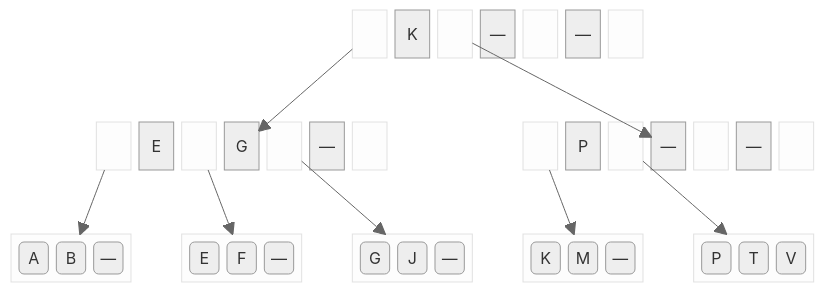
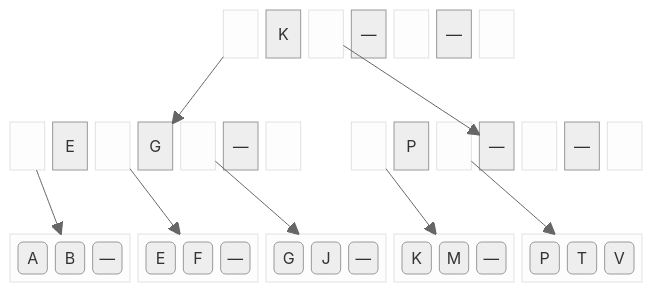
The sixth of 7 diagrams in Assuntos/busca-ext.md (BenhurUFSM/pod26b), drawn with Mermaid (neutral theme) before and after one commit.

````diff
--- a/Assuntos/busca-ext.md
+++ b/Assuntos/busca-ext.md
@@ -70,29 +70,27 @@
 ```mermaid
 block
-  columns 19
-  space:8
+  columns 15
+  space:5
   block:rl1 space end ra["K"] block:rl2 space end rb["—"] block:rl3 space end rc["—"] block:rl4 space end
-  space:4
-  space:19
+  space:3
+  space:15
 
-  space:2
   block:i1l1 space end i1a["E"] block:i1l2 space end i1b["G"] block:i1l3 space end i1c["—"] block:i1l4 space end
-  space:2
   space
   block:i2l1 space end i2a["P"] block:i2l2 space end i2b["—"] block:i2l3 space end i2c["—"] block:i2l4 space end
-  space:19
+  space:15
 
-  block:f1:3 f1a("A") f1b("B") f1c("—") end space
-  block:f5:3 f5a("E") f5b("F") f5c("—") end space
-  block:f3:3 f3a("G") f3b("J") f3c("—") end space
-  block:f4:3 f4a("K") f4b("M") f4c("—") end space
+  block:f1:3 f1a("A") f1b("B") f1c("—") end
+  block:f5:3 f5a("E") f5b("F") f5c("—") end
+  block:f3:3 f3a("G") f3b("J") f3c("—") end
+  block:f4:3 f4a("K") f4b("M") f4c("—") end
   block:f2:3 f2a("P") f2b("T") f2c("V") end
 
   rl1-->i1b
   rl2-->i2b
   i1l1-->f1
   i1l2-->f5
   i1l3-->f3
   i2l1-->f4
   i2l2-->f2
 ```
````
